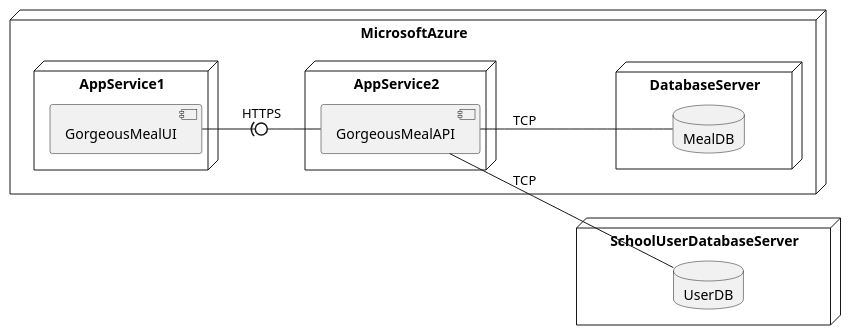
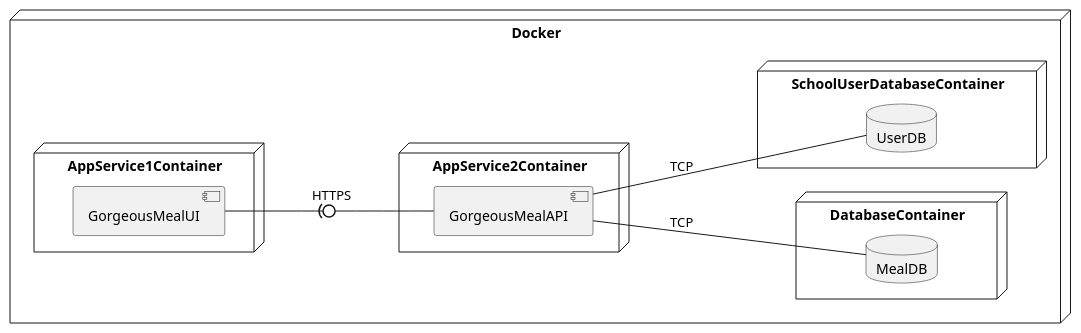
Before and after one commit to PeFerreira98/ARQSOFT_2019: the diagram in P2/ADD/views/DeploymentDiagram.puml, drawn with PlantUML. The commit also changed 6 other files, not shown here.

Commit message:
add images and thinking flow

```diff
--- a/P2/ADD/views/DeploymentDiagram.puml
+++ b/P2/ADD/views/DeploymentDiagram.puml
@@ -1,26 +1,26 @@
 @startuml DeploymentDiagram
 left to right direction
 
-node MicrosoftAzure{
-    node AppService1 {
+node Docker{
+    node AppService1Container {
         component GorgeousMealUI
     }
 
-    node AppService2 {
+    node AppService2Container {
         component GorgeousMealAPI
     }
 
-    node DatabaseServer {
+    node DatabaseContainer {
         database MealDB
     }
-}
 
-node SchoolUserDatabaseServer {
-    database UserDB
+    node SchoolUserDatabaseContainer {
+        database UserDB
+    }
 }
 
 GorgeousMealUI -(0- GorgeousMealAPI : HTTPS
 GorgeousMealAPI -- UserDB : TCP
 GorgeousMealAPI -- MealDB : TCP
 
 @enduml
```
